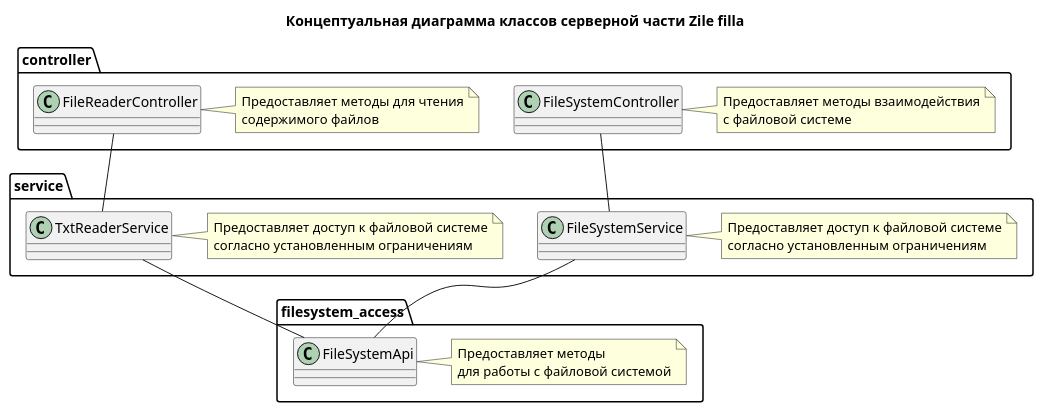
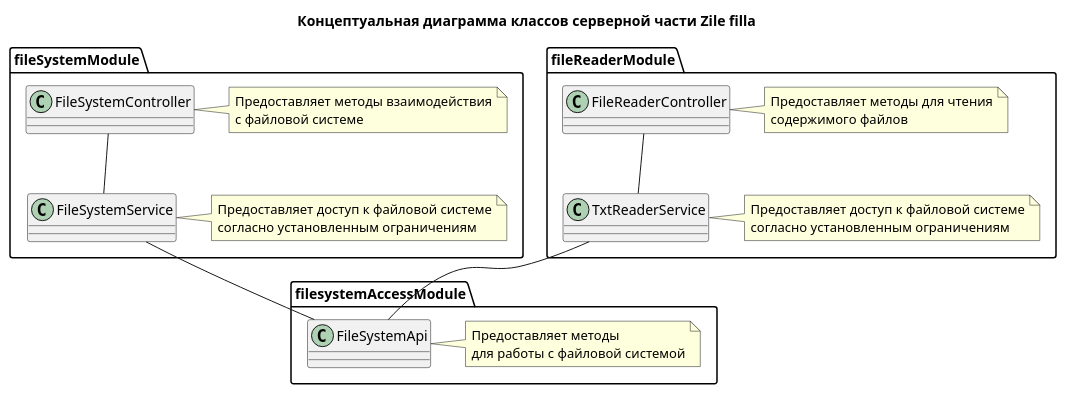
Before and after one commit to PavelPutin/Zile-filla: the diagram in documentation/diagrams/server-class-diagram.pu, drawn with PlantUML.

Commit message:
doc: make multi-module class diagram draft

```diff
--- a/documentation/diagrams/server-class-diagram.pu
+++ b/documentation/diagrams/server-class-diagram.pu
@@ -1,32 +1,32 @@
 @startuml Server class diagram of Zile filla
 
 title
 Концептуальная диаграмма классов серверной части Zile filla
 end title
 
-package controller {
+package fileSystemModule {
     class FileSystemController
     note right of FileSystemController : Предоставляет методы взаимодействия\nс файловой системе
 
+    class FileSystemService
+    note right of FileSystemService: Предоставляет доступ к файловой системе\nсогласно установленным ограничениям
+}
+
+package fileReaderModule {
     class FileReaderController
     note right of FileReaderController: Предоставляет методы для чтения\nсодержимого файлов
-}
-
-package service {
-    class FileSystemService
-    note right of FileSystemService: Предоставляет доступ к файловой системе\nсогласно установленным ограничениям
 
     class TxtReaderService
     note right of TxtReaderService: Предоставляет доступ к файловой системе\nсогласно установленным ограничениям
 }
 
-package filesystem_access {
+package filesystemAccessModule {
     class FileSystemApi
     note right of FileSystemApi: Предоставляет методы\nдля работы с файловой системой
 }
 
 FileSystemController -- FileSystemService
 FileReaderController -- TxtReaderService
 FileSystemService -- FileSystemApi
 TxtReaderService -- FileSystemApi
 @enduml
```
